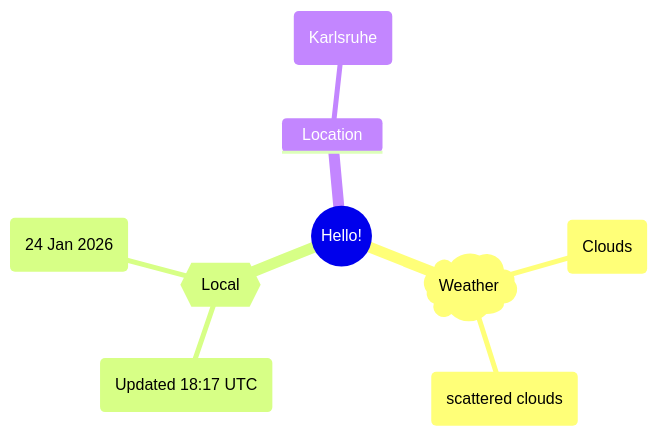
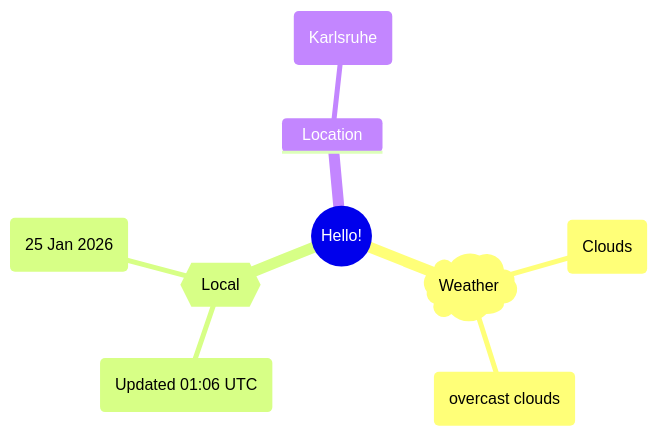
The first of 2 diagrams in README.md (Xosrov/Xosrov), drawn with Mermaid before and after one commit.

Commit message:
[bot] updated images

````diff
--- a/README.md
+++ b/README.md
@@ -3,12 +3,12 @@
 ```mermaid
 mindmap
   root((Hello!))
     )Weather(
         (Clouds)
-        (scattered clouds)
+        (overcast clouds)
     {{Local}}
-        (Updated 18:17 UTC)
-        (24 Jan 2026)
+        (Updated 01:06 UTC)
+        (25 Jan 2026)
     Location
         (Karlsruhe)
 ```
````
